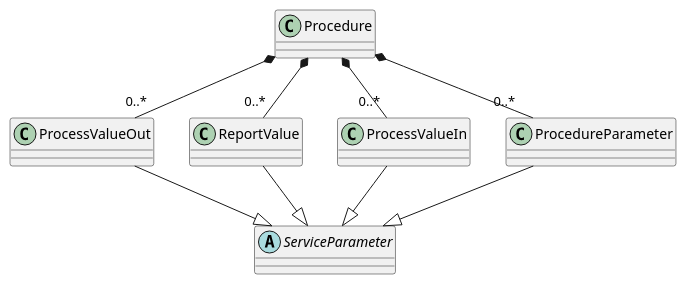
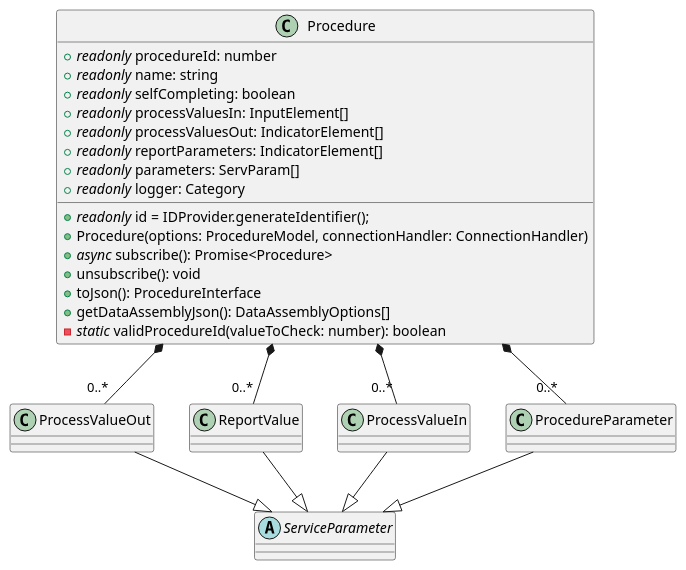
Before and after one commit to p2o-lab/polaris-backend: the diagram in src/modularPlantManager/pea/serviceSet/service/procedure/Procedure.puml, drawn with PlantUML. The commit also changed 7 other files, not shown here.

```diff
--- a/src/modularPlantManager/pea/serviceSet/service/procedure/Procedure.puml
+++ b/src/modularPlantManager/pea/serviceSet/service/procedure/Procedure.puml
@@ -26,17 +26,38 @@
 @startuml
 'https://plantuml.com/class-diagram
 
-class Procedure
+class Procedure{
+
+    + //readonly// id = IDProvider.generateIdentifier();
+    + //readonly// procedureId: number
+    + //readonly// name: string
+    + //readonly// selfCompleting: boolean
+    + //readonly// processValuesIn: InputElement[]
+    + //readonly// processValuesOut: IndicatorElement[]
+    + //readonly// reportParameters: IndicatorElement[]
+    + //readonly// parameters: ServParam[]
+    + //readonly// logger: Category
+
+    + Procedure(options: ProcedureModel, connectionHandler: ConnectionHandler)
+    + //async// subscribe(): Promise<Procedure>
+    + unsubscribe(): void
+    + toJson(): ProcedureInterface
+    + getDataAssemblyJson(): DataAssemblyOptions[]
+    - //static// validProcedureId(valueToCheck: number): boolean
+
+
+
+}
 
 Procedure *-- "0..*" ProcedureParameter
 Procedure *-- "0..*" ProcessValueIn
 Procedure *-- "0..*" ReportValue
 Procedure *-- "0..*" ProcessValueOut
 
 abstract class ServiceParameter
 
 ServiceParameter <|-up- ProcedureParameter
 ServiceParameter <|-up- ProcessValueIn
 ServiceParameter <|-up- ReportValue
 ServiceParameter <|-up- ProcessValueOut
 @enduml
```
